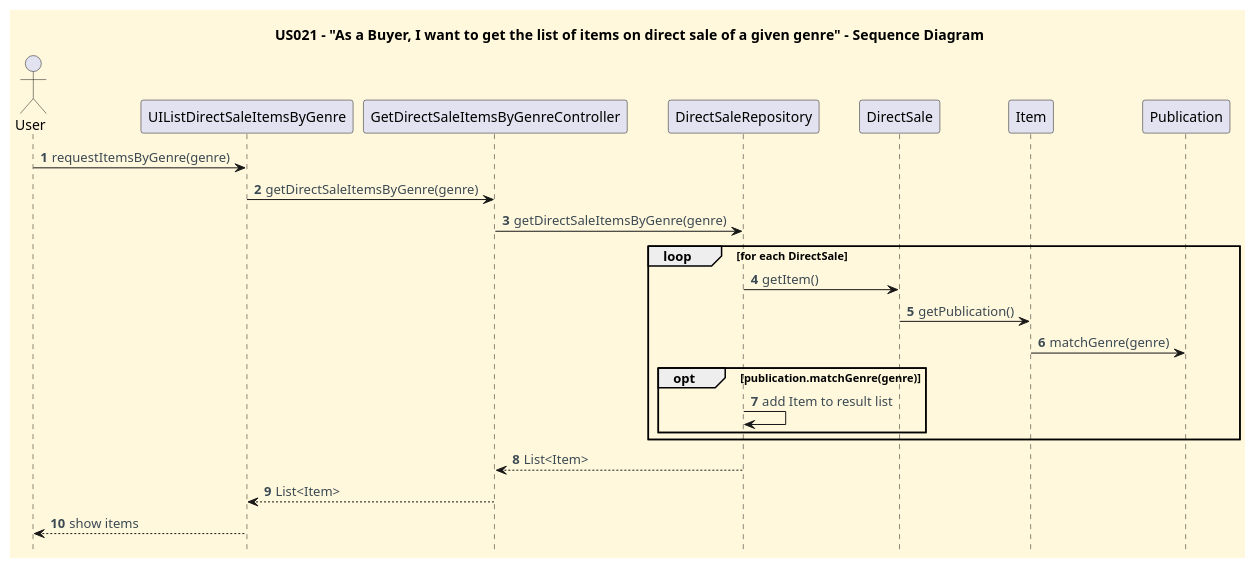
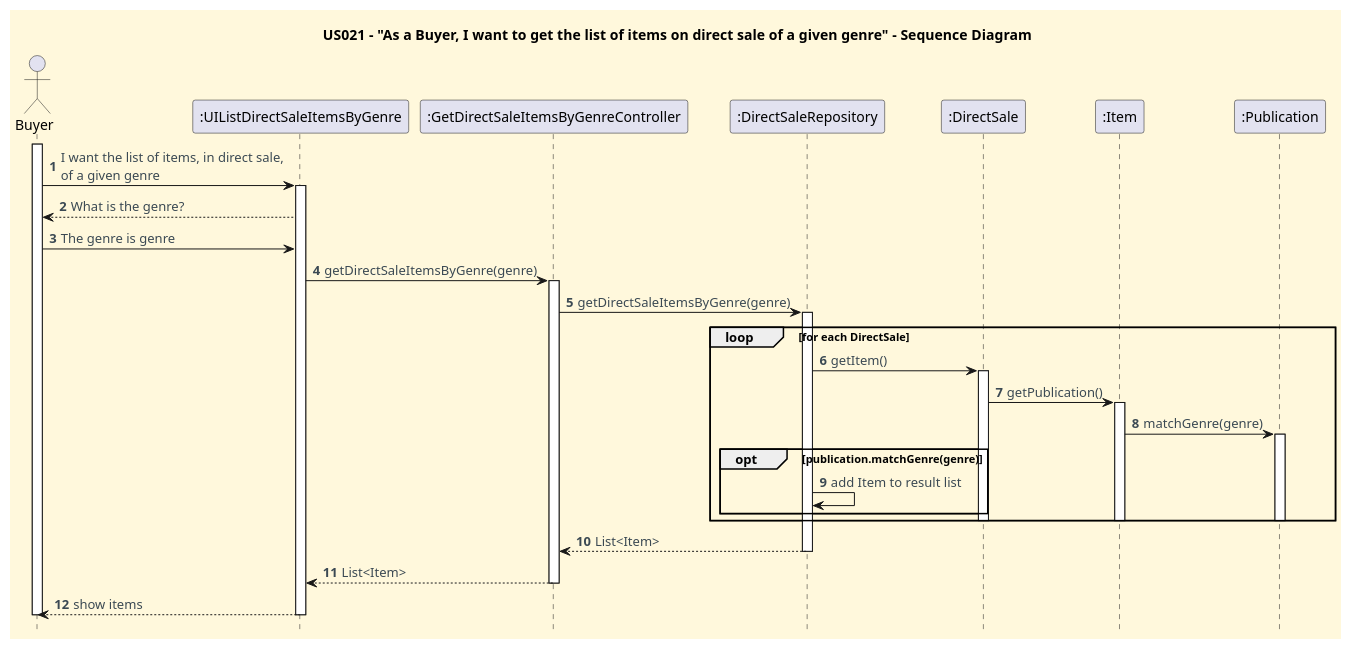
One commit to CarolinaLeite-collab/JavaMarketplacePlatform changed the diagram in docs/userStories/US021/US021_get_list_of_items_on_direct_sale_of_given_genre_SD.puml. Above: the diagram before and after it, drawn with PlantUML. The commit also changed 1 other file, not shown here.

Commit message:
#80 #179 Melhoria de mutation tests e correção diagrama referente US 21

```diff
--- a/docs/userStories/US021/US021_get_list_of_items_on_direct_sale_of_given_genre_SD.puml
+++ b/docs/userStories/US021/US021_get_list_of_items_on_direct_sale_of_given_genre_SD.puml
@@ -1,46 +1,73 @@
 @startuml
 title US021 – "As a Buyer, I want to get the list of items on direct sale of a given genre" - Sequence Diagram
 hidefootbox
 
 '==== basic style ====
 skinparam monochrome false
 skinparam shadowing false
 skinparam defaultFontName Futura
 skinparam objectFontSize 20
 skinparam backgroundColor CornSilk
 skinparam objectBackgroundColor WhiteSmoke
 skinparam noteBackgroundColor #FFFFE0
 skinparam ArrowFontColor #3B4953
 skinparam ActivationBackgroundColor black
 
 autonumber
 autoactivate off
 
-actor User
-participant UIListDirectSaleItemsByGenre
-participant GetDirectSaleItemsByGenreController
-participant DirectSaleRepository
-participant DirectSale
-participant Item
-participant Publication
+actor Buyer
+participant ":UIListDirectSaleItemsByGenre" as UI
+participant ":GetDirectSaleItemsByGenreController" as CTL
+participant ":DirectSaleRepository" as DSR
+participant ":DirectSale" as DS
+participant ":Item" as Itm
+participant ":Publication" as Pub
 
-User -> UIListDirectSaleItemsByGenre : requestItemsByGenre(genre)
-UIListDirectSaleItemsByGenre -> GetDirectSaleItemsByGenreController : getDirectSaleItemsByGenre(genre)
-GetDirectSaleItemsByGenreController -> DirectSaleRepository : getDirectSaleItemsByGenre(genre)
+'-- Dialog --'
+
+activate Buyer
+Buyer -> UI : I want the list of items, in direct sale,\nof a given genre
+activate UI
+
+UI --> Buyer : What is the genre?
+Buyer -> UI : The genre is genre
+
+'-- System interaction --'
+
+UI -> CTL : getDirectSaleItemsByGenre(genre)
+activate CTL
+
+CTL -> DSR : getDirectSaleItemsByGenre(genre)
+activate DSR
 
 loop for each DirectSale
-    DirectSaleRepository -> DirectSale : getItem()
-    DirectSale -> Item : getPublication()
-    Item -> Publication : matchGenre(genre)
+    DSR -> DS : getItem()
+    activate DS
+
+    DS -> Itm : getPublication()
+    activate Itm
+
+    Itm -> Pub : matchGenre(genre)
+    activate Pub
 
     opt publication.matchGenre(genre)
+        DSR -> DSR : add Item to result list
+    end
 
-        DirectSaleRepository -> DirectSaleRepository : add Item to result list
-    end
+    deactivate Pub
+    deactivate Itm
+    deactivate DS
 end
 
-DirectSaleRepository --> GetDirectSaleItemsByGenreController : List<Item>
-GetDirectSaleItemsByGenreController --> UIListDirectSaleItemsByGenre : List<Item>
-UIListDirectSaleItemsByGenre --> User : show items
+DSR --> CTL : List<Item>
+deactivate DSR
+
+CTL --> UI : List<Item>
+deactivate CTL
+
+UI --> Buyer : show items
+deactivate UI
+deactivate Buyer
 
 @enduml
```
